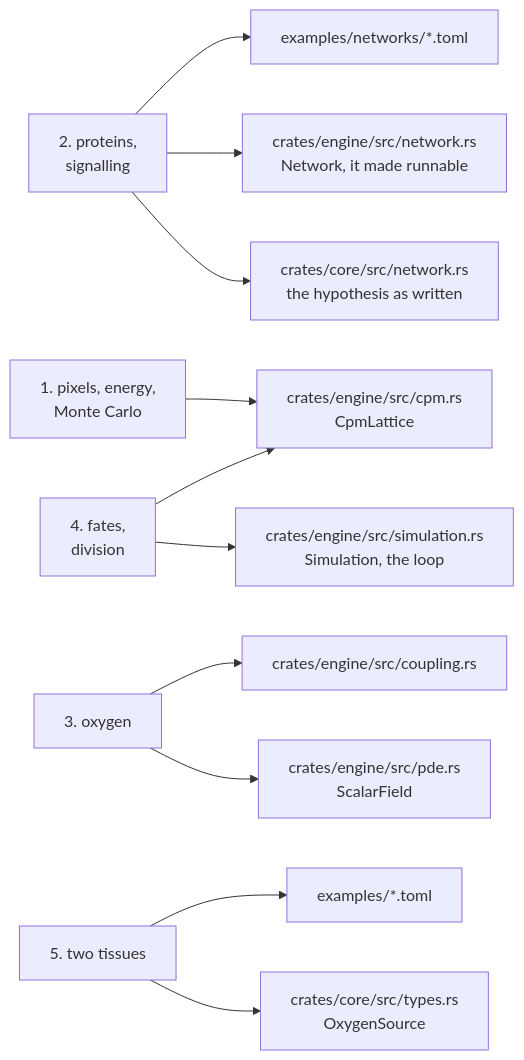
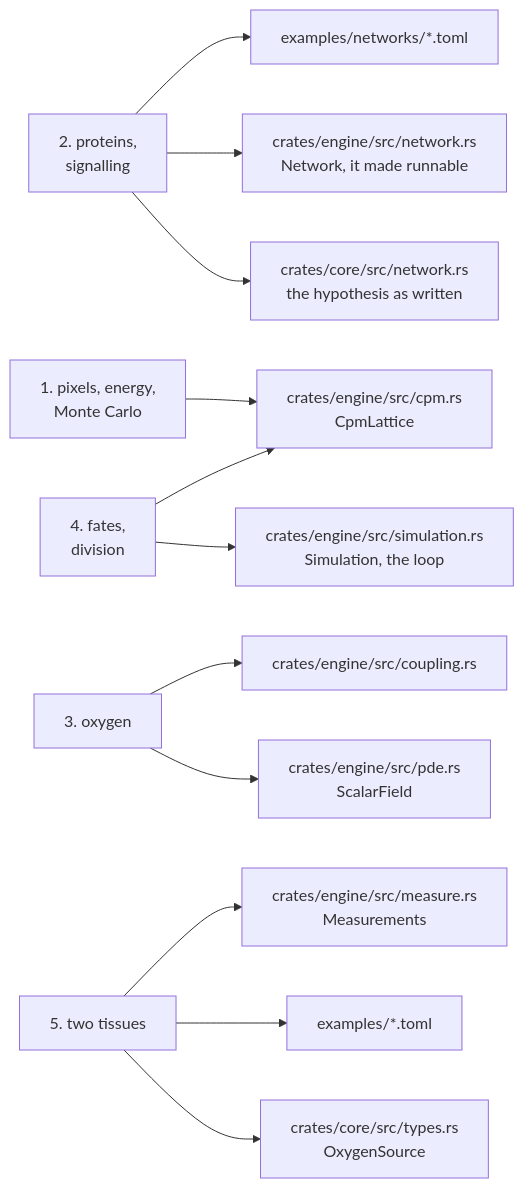
The diagram in docs/README.md (ngodzik/cellweave), drawn with Mermaid before and after one commit. The commit also changed 11 other files, not shown here.

````diff
--- a/docs/README.md
+++ b/docs/README.md
@@ -27,13 +27,14 @@
 ```mermaid
 flowchart LR
     c1["1. pixels, energy,<br/>Monte Carlo"] --> cpm["crates/engine/src/cpm.rs<br/>CpmLattice"]
     c2["2. proteins,<br/>signalling"] --> net["crates/core/src/network.rs<br/>the hypothesis as written"]
     c2 --> run["crates/engine/src/network.rs<br/>Network, it made runnable"]
     c2 --> files["examples/networks/*.toml"]
     c3["3. oxygen"] --> pde["crates/engine/src/pde.rs<br/>ScalarField"]
     c3 --> cpl["crates/engine/src/coupling.rs"]
     c4["4. fates,<br/>division"] --> sim["crates/engine/src/simulation.rs<br/>Simulation, the loop"]
     c4 --> cpm
     c5["5. two tissues"] --> cfg["crates/core/src/types.rs<br/>OxygenSource"]
     c5 --> ex["examples/*.toml"]
+    c5 --> mea["crates/engine/src/measure.rs<br/>Measurements"]
 ```
````
